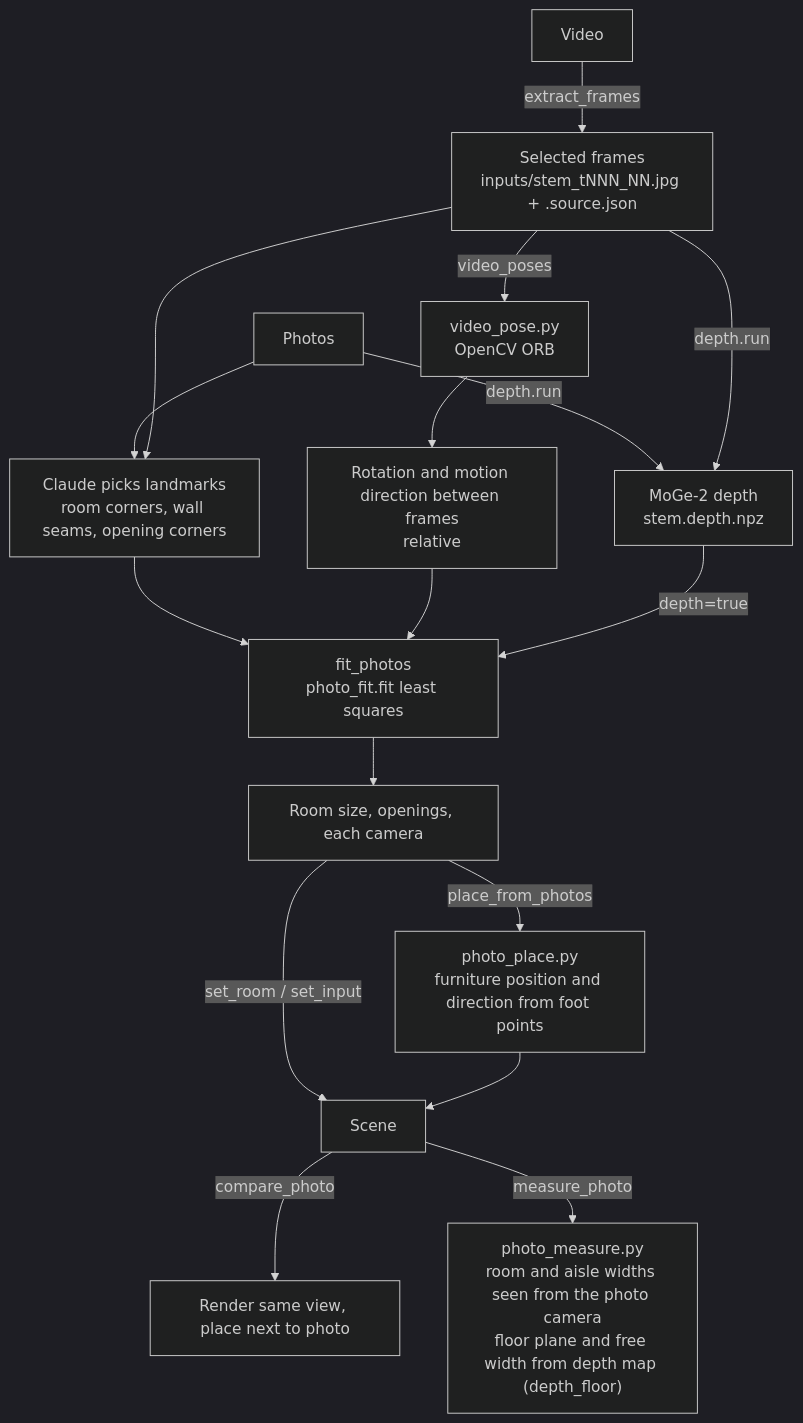
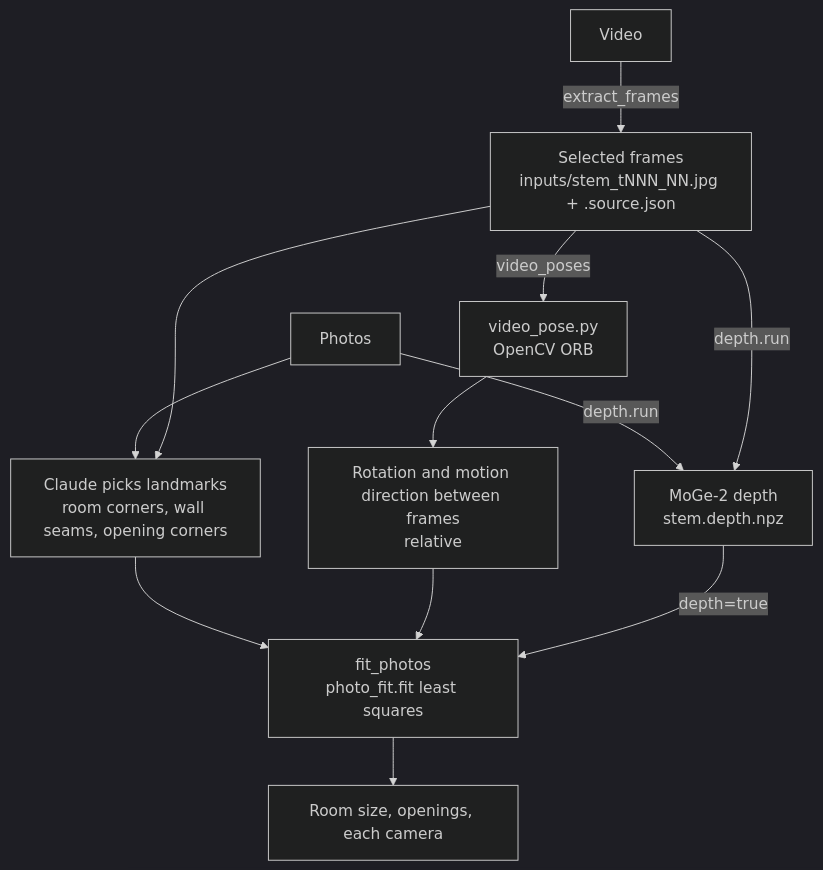
Before and after one commit to atinfinity/agentic-sim-world-gen: diagram 12 of 13 in docs/en/architecture.md, drawn with Mermaid (dark theme). The commit also changed other lines of this file and 9 other files, not shown here.

First line of the commit message:
docs: clearer prose, fixed stale facts, more diagrams and tables

````diff
--- a/docs/en/architecture.md
+++ b/docs/en/architecture.md
@@ -463,19 +649,14 @@
 ```mermaid
 flowchart TD
     video["Video"] -->|"extract_frames"| frames["Selected frames<br/>inputs/stem_tNNN_NN.jpg + .source.json"]
     photos["Photos"] --> lm
     frames --> lm["Claude picks landmarks<br/>room corners, wall seams, opening corners"]
     frames -->|"video_poses"| orb["video_pose.py<br/>OpenCV ORB"]
     orb --> rel["Rotation and motion direction between frames<br/>relative"]
     photos -->|"depth.run"| dep["MoGe-2 depth<br/>stem.depth.npz"]
     frames -->|"depth.run"| dep
     lm --> fit["fit_photos<br/>photo_fit.fit least squares"]
     rel --> fit
     dep -->|"depth=true"| fit
     fit --> res["Room size, openings, each camera"]
-    res -->|"set_room / set_input"| scene["Scene"]
-    res -->|"place_from_photos"| pp["photo_place.py<br/>furniture position and direction from foot points"]
-    pp --> scene
-    scene -->|"compare_photo"| cmp["Render same view, place next to photo"]
-    scene -->|"measure_photo"| ms["photo_measure.py<br/>room and aisle widths seen from the photo camera<br/>floor plane and free width from depth map (depth_floor)"]
 ```
````
